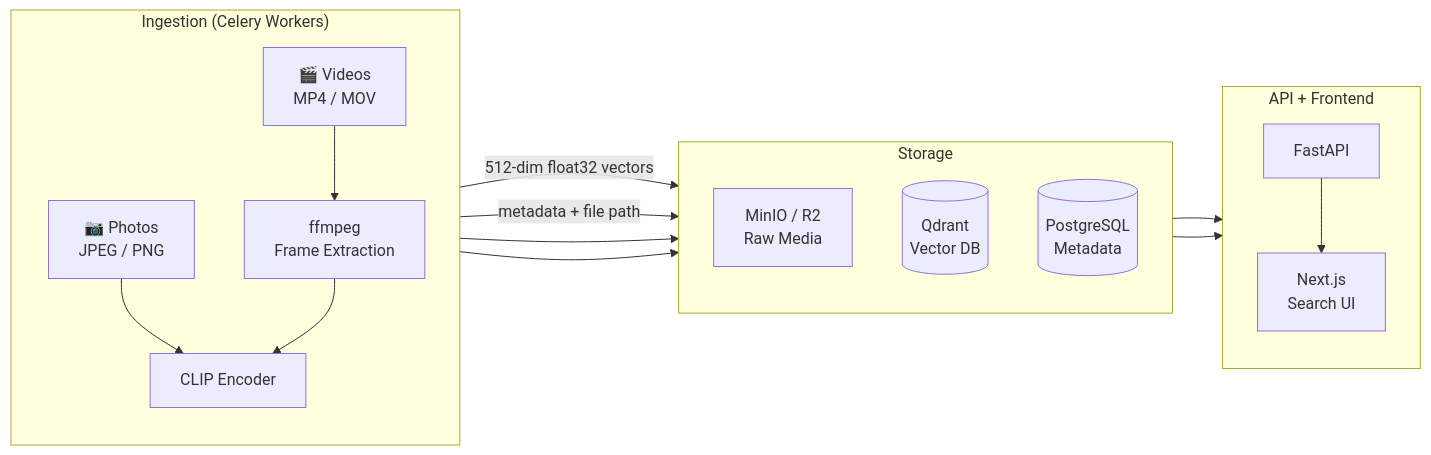
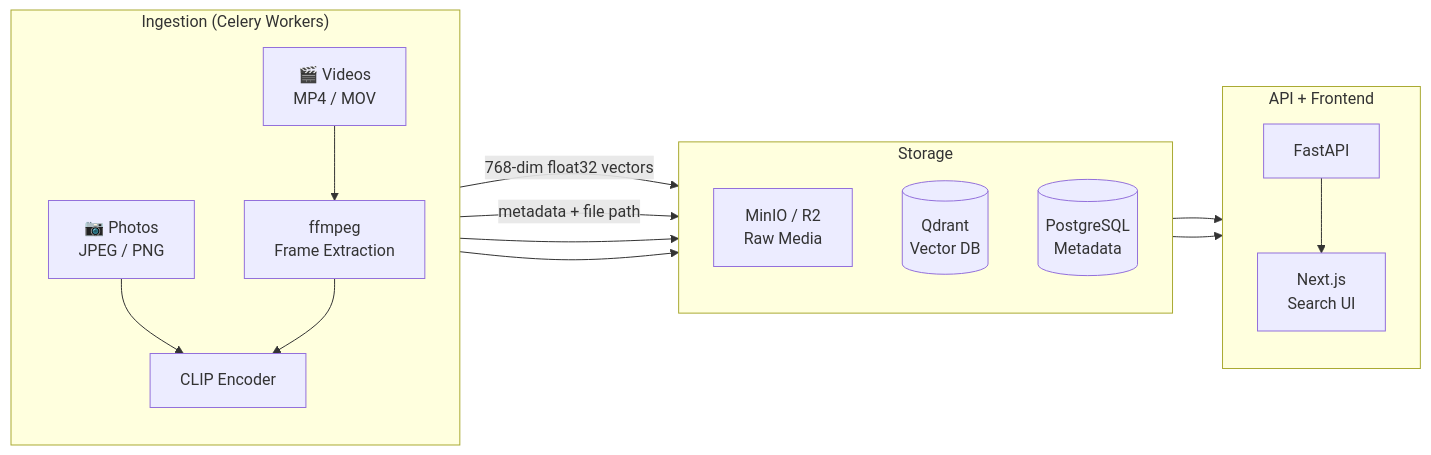
One commit to odanree/semantic-media-pipeline changed the diagram in README.md. Above: the diagram before and after it, drawn with Mermaid.

Commit message:
fix(docs): correct CLIP embedding dimension to 768 in architecture diagram

````diff
--- a/README.md
+++ b/README.md
@@ -6,25 +6,25 @@
 ```mermaid
 flowchart LR
     subgraph Ingest["Ingestion (Celery Workers)"]
         direction TB
         P[📷 Photos\nJPEG / PNG] --> CE[CLIP Encoder]
         V[🎬 Videos\nMP4 / MOV] --> FF[ffmpeg\nFrame Extraction] --> CE
     end
 
     subgraph Storage["Storage"]
         direction TB
         M[MinIO / R2\nRaw Media] 
         Q[(Qdrant\nVector DB)]
         PG[(PostgreSQL\nMetadata)]
     end
 
     subgraph API["API + Frontend"]
         direction TB
         FA[FastAPI] --> NX[Next.js\nSearch UI]
     end
 
-    CE -->|512-dim float32 vectors| Q
+    CE -->|768-dim float32 vectors| Q
     CE -->|metadata + file path| PG
     P & V --> M
     Q & PG --> FA
 ```
````
